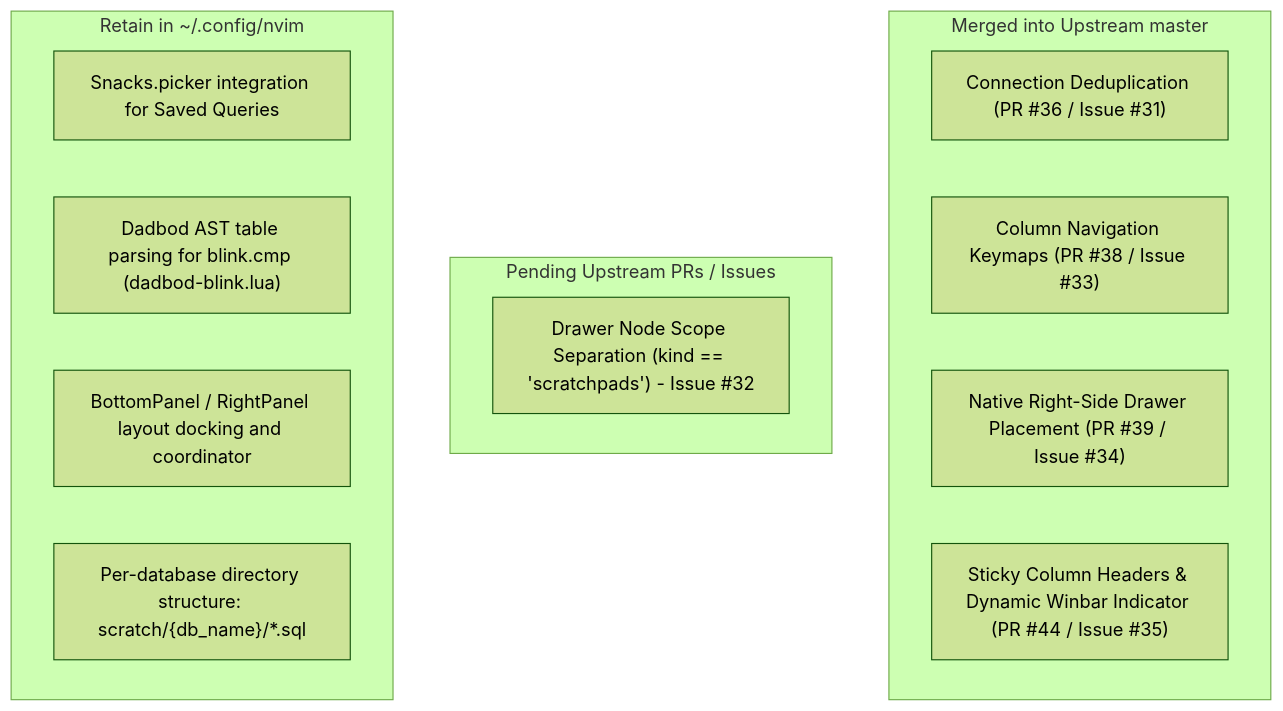
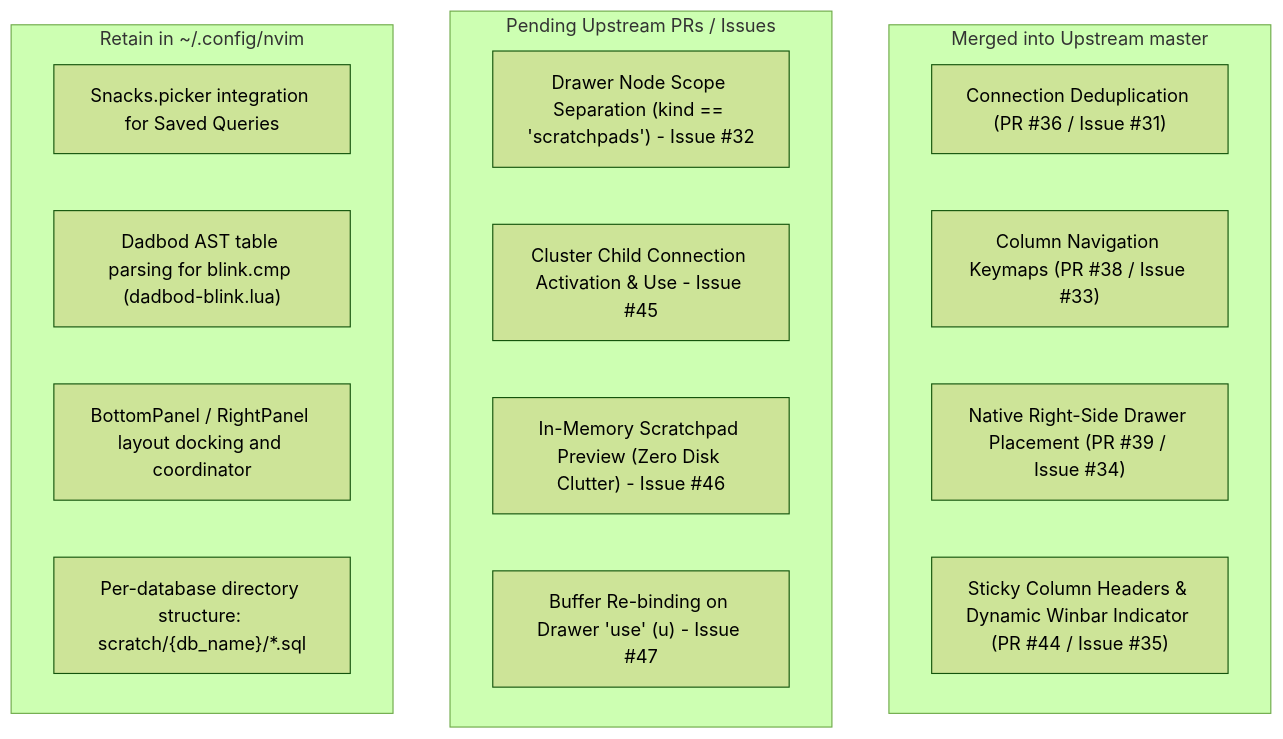
One commit to george-tk/nvim changed the diagram in database_agent.md. Above: the diagram before and after it, drawn with Mermaid (forest theme). The commit also changed other lines of this file and 1 other file, not shown here.

First line of the commit message:
feat(database): multi-db cluster support, in-memory preview, and buffer rebinding

````diff
--- a/database_agent.md
+++ b/database_agent.md
@@ -34,20 +34,23 @@
 ```mermaid
 flowchart TD
     subgraph Resolved Upstream [Merged into Upstream master]
         A["Connection Deduplication (PR #36 / Issue #31)"]
         C["Column Navigation Keymaps (PR #38 / Issue #33)"]
         I["Native Right-Side Drawer Placement (PR #39 / Issue #34)"]
         D["Sticky Column Headers & Dynamic Winbar Indicator (PR #44 / Issue #35)"]
     end
 
     subgraph Upstream Candidates [Pending Upstream PRs / Issues]
         B["Drawer Node Scope Separation (kind == 'scratchpads') - Issue #32"]
+        J["Cluster Child Connection Activation & Use - Issue #45"]
+        K["In-Memory Scratchpad Preview (Zero Disk Clutter) - Issue #46"]
+        L["Buffer Re-binding on Drawer 'use' (u) - Issue #47"]
     end
 
     subgraph User Config Integrations [Retain in ~/.config/nvim]
         E["Snacks.picker integration for Saved Queries"]
         F["Dadbod AST table parsing for blink.cmp (dadbod-blink.lua)"]
         G["BottomPanel / RightPanel layout docking and coordinator"]
         H["Per-database directory structure: scratch/{db_name}/*.sql"]
     end
 ```
````
